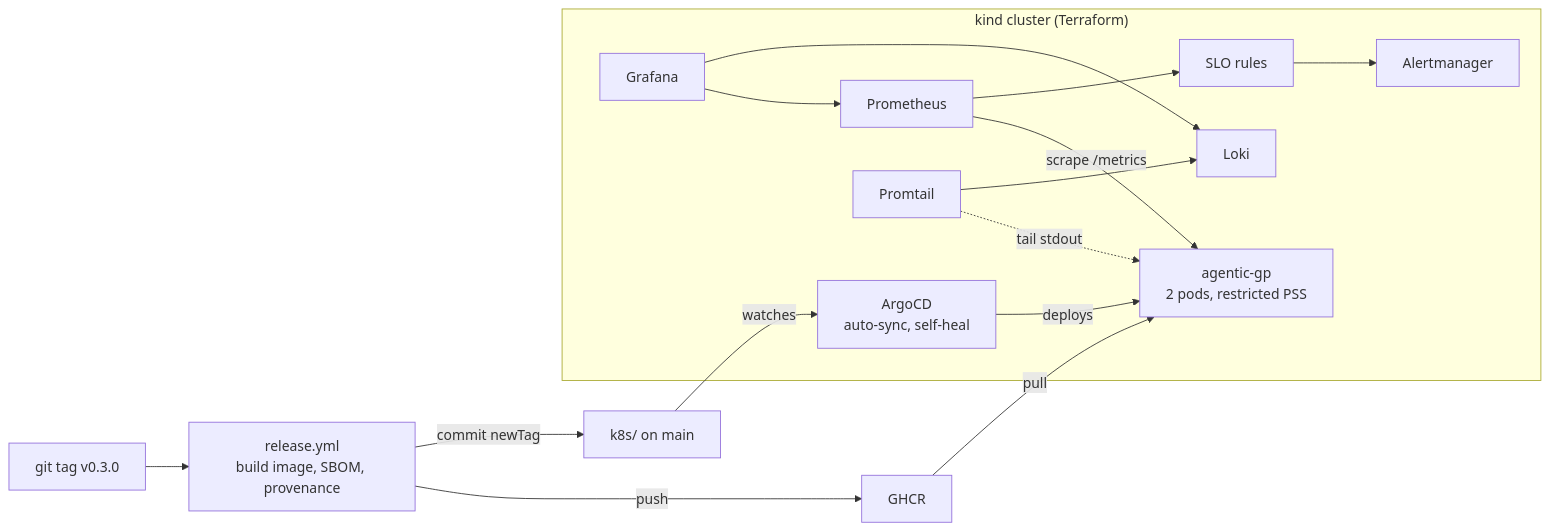
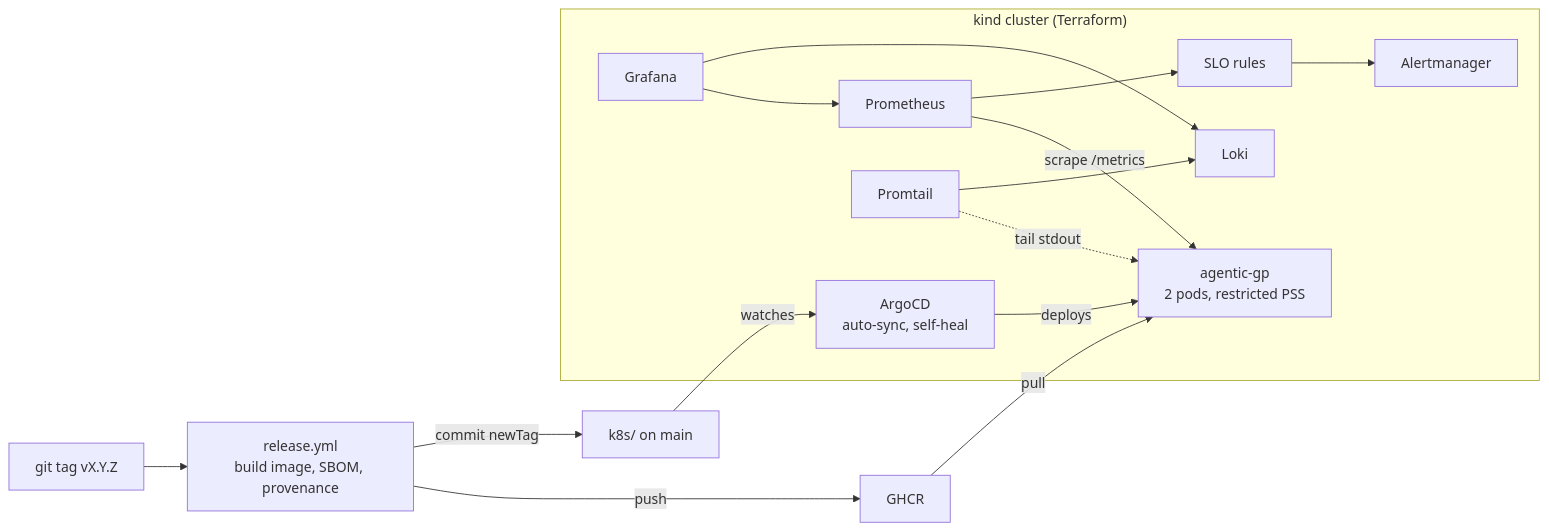
One commit to Arun-Singh-Chauhan-09/agentic-golden-path changed the diagram in README.md. Above: the diagram before and after it, drawn with Mermaid. The commit also changed other lines of this file, not shown here.

````diff
--- a/README.md
+++ b/README.md
@@ -27,17 +27,17 @@
 ```mermaid
 graph LR
-    dev["git tag v0.3.0"] --> rel["release.yml<br/>build image, SBOM, provenance"]
+    dev["git tag vX.Y.Z"] --> rel["release.yml<br/>build image, SBOM, provenance"]
     rel -->|push| ghcr["GHCR"]
     rel -->|commit newTag| repo["k8s/ on main"]
     repo -->|watches| argo["ArgoCD<br/>auto-sync, self-heal"]
     subgraph kind["kind cluster (Terraform)"]
         argo -->|deploys| app["agentic-gp<br/>2 pods, restricted PSS"]
         prom["Prometheus"] -->|scrape /metrics| app
         prom --> rules["SLO rules"] --> am["Alertmanager"]
         pt["Promtail"] -.->|tail stdout| app
         pt --> loki["Loki"]
         graf["Grafana"] --> prom
         graf --> loki
     end
     ghcr -->|pull| app
 ```
````
